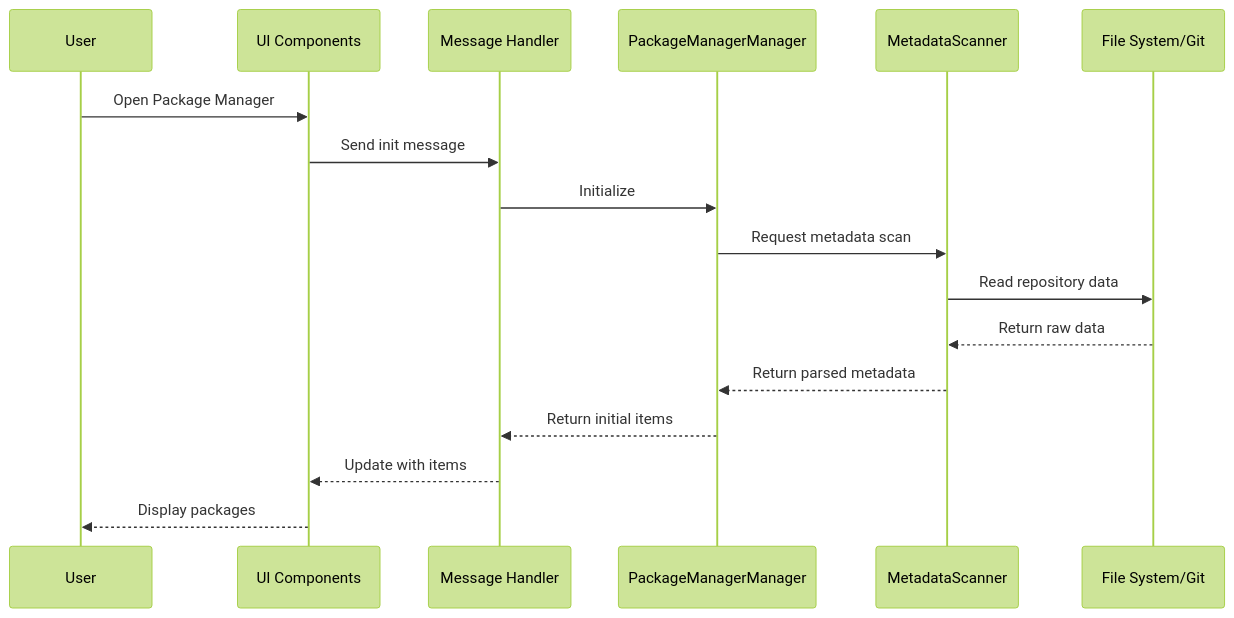
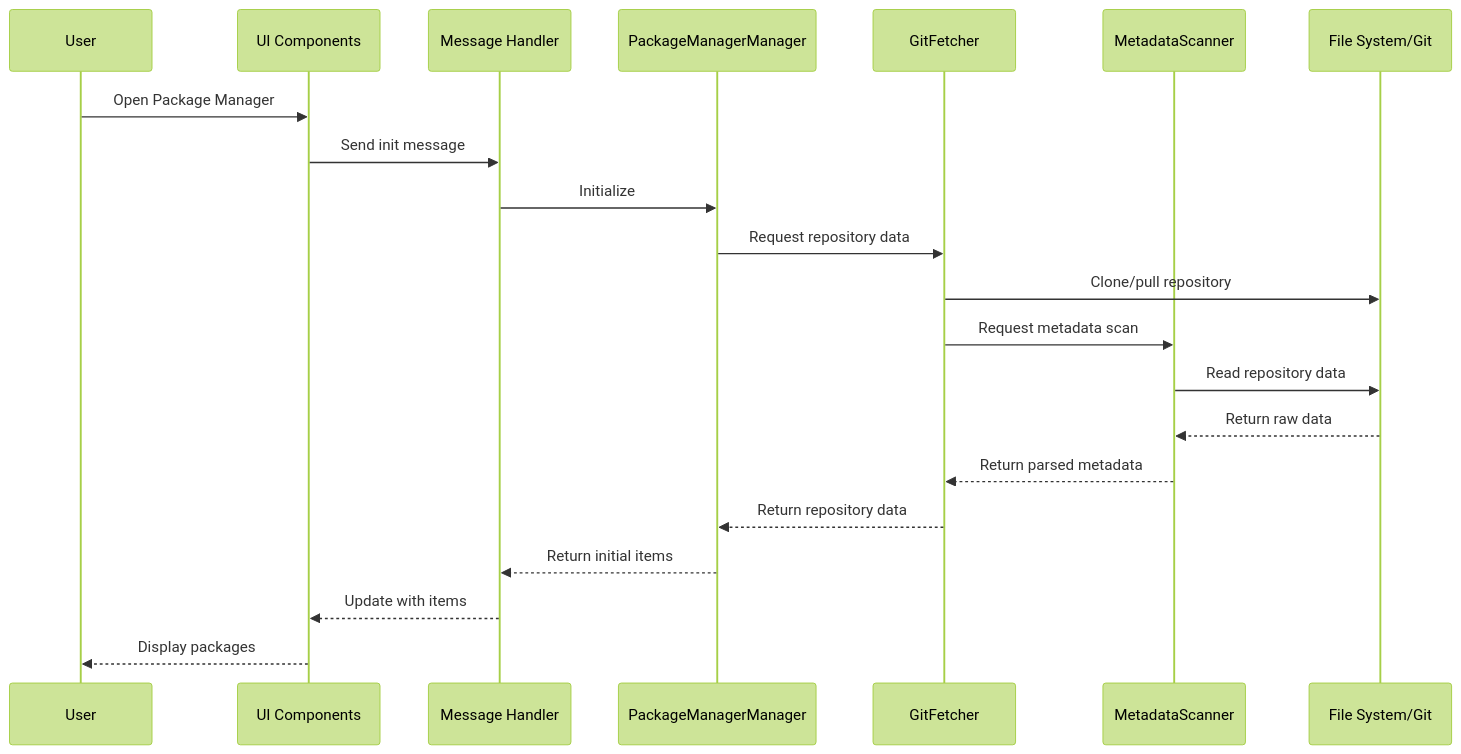
Before and after one commit to Smartsheet-JB-Brown/Roo-Code: the third of 5 diagrams in cline_docs/package-manager/implementation/01-architecture.md, drawn with Mermaid (forest theme). The commit also changed other lines of this file and 3 other files, not shown here.

````diff
--- a/cline_docs/package-manager/implementation/01-architecture.md
+++ b/cline_docs/package-manager/implementation/01-architecture.md
@@ -92,20 +98,24 @@
 ```mermaid
 sequenceDiagram
     participant User
     participant UI as UI Components
     participant MH as Message Handler
     participant PM as PackageManagerManager
+    participant GF as GitFetcher
     participant MS as MetadataScanner
     participant FS as File System/Git
 
     User->>UI: Open Package Manager
     UI->>MH: Send init message
     MH->>PM: Initialize
-    PM->>MS: Request metadata scan
+    PM->>GF: Request repository data
+    GF->>FS: Clone/pull repository
+    GF->>MS: Request metadata scan
     MS->>FS: Read repository data
     FS-->>MS: Return raw data
-    MS-->>PM: Return parsed metadata
+    MS-->>GF: Return parsed metadata
+    GF-->>PM: Return repository data
     PM-->>MH: Return initial items
     MH-->>UI: Update with items
     UI-->>User: Display packages
 ```
````
